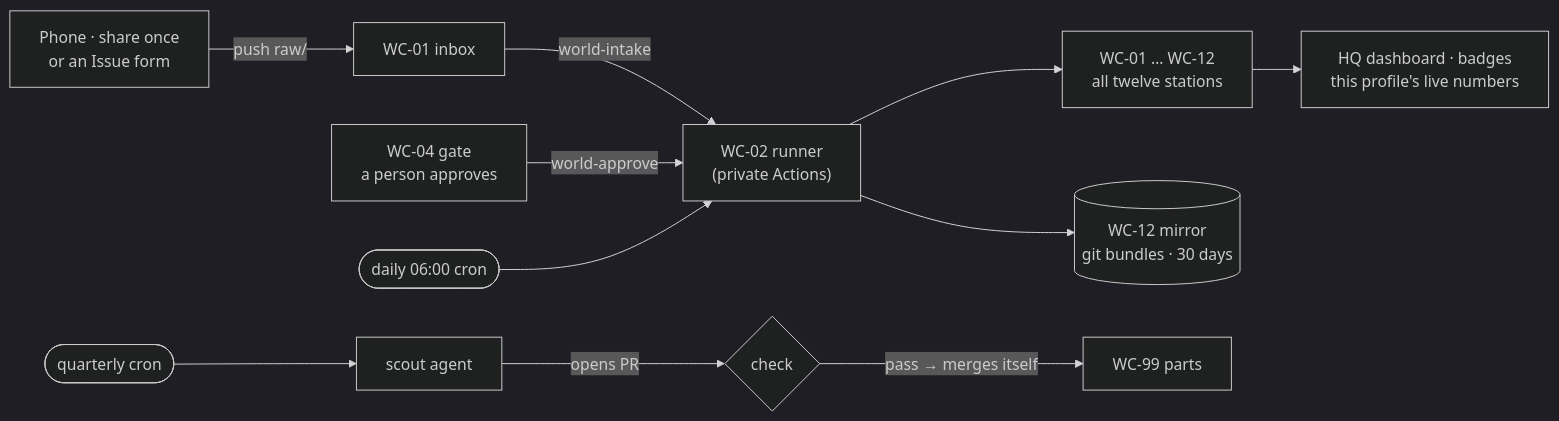
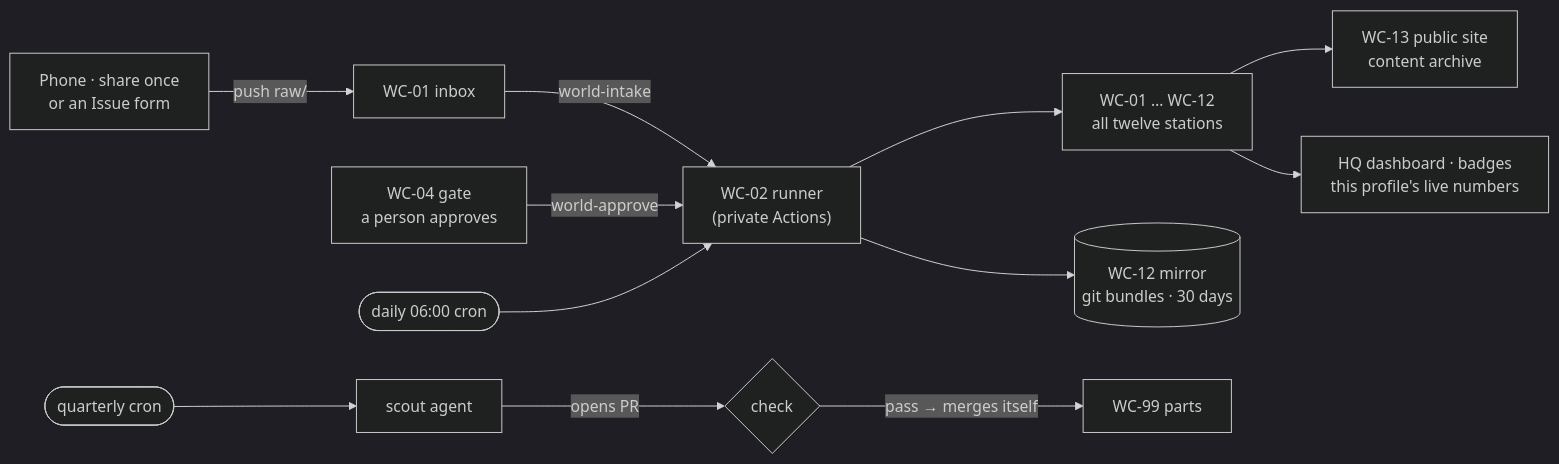
Before and after one commit to lfai-world/lfai-world: the diagram in README.md, drawn with Mermaid (dark theme). The commit also changed other lines of this file and 1 other file, not shown here.

Commit message:
Profile: content archive (WC-13 public site) — ecosystem map, table, links, flow

````diff
--- a/README.md
+++ b/README.md
@@ -80,11 +81,12 @@
 ```mermaid
 flowchart LR
   A["Phone · share once<br/>or an Issue form"] -->|push raw/| B["WC-01 inbox"]
   B -->|world-intake| R["WC-02 runner<br/>(private Actions)"]
   G["WC-04 gate<br/>a person approves"] -->|world-approve| R
   C(["daily 06:00 cron"]) --> R
   R --> S["WC-01 … WC-12<br/>all twelve stations"]
+  S --> A2["WC-13 public site<br/>content archive"]
   S --> D["HQ dashboard · badges<br/>this profile's live numbers"]
   R --> M[("WC-12 mirror<br/>git bundles · 30 days")]
   X(["quarterly cron"]) --> P["scout agent"] -->|opens PR| Q{"check"} -->|pass → merges itself| W["WC-99 parts"]
 ```
````
